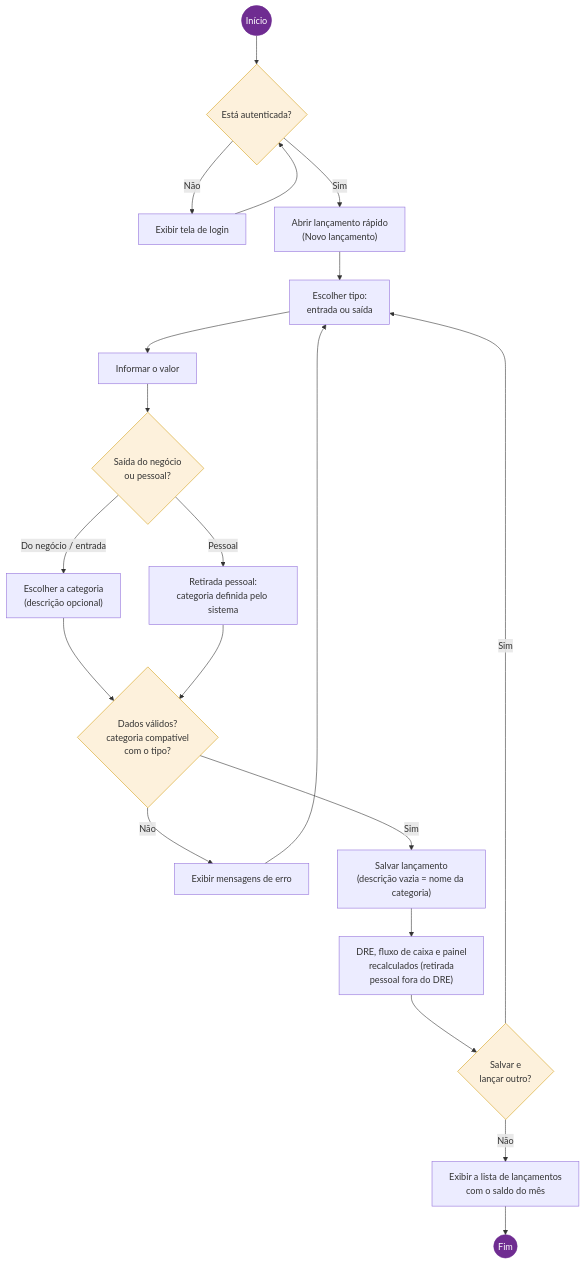
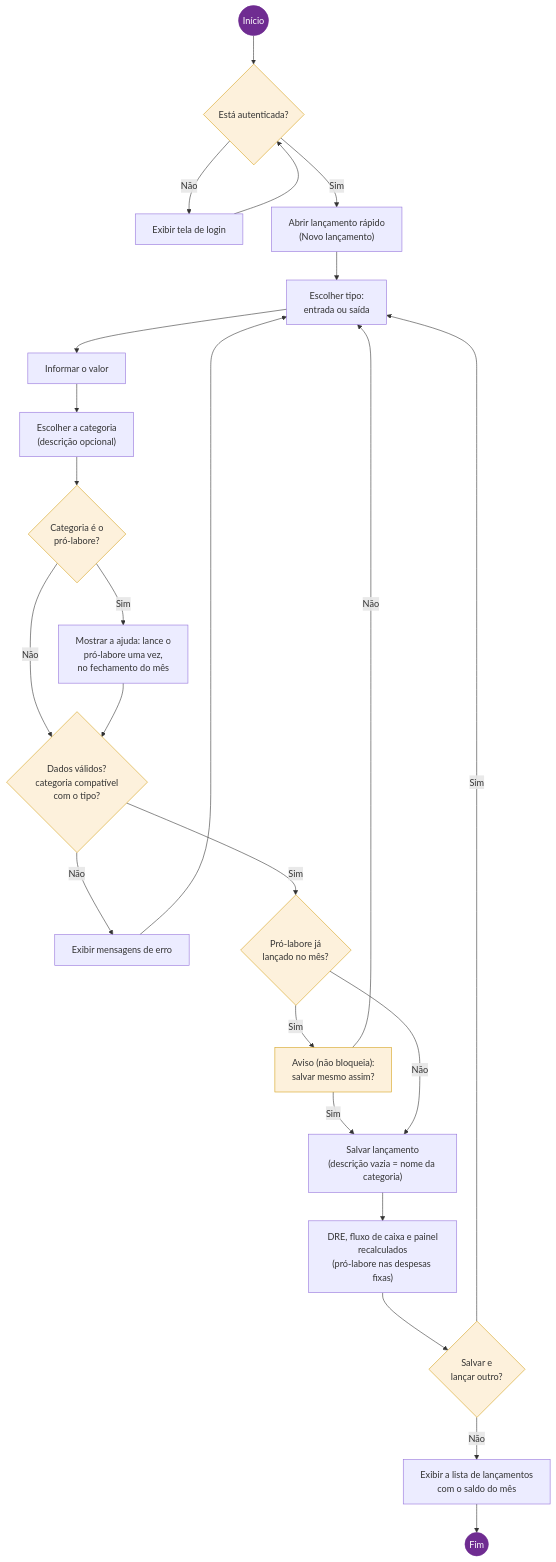
Before and after one commit to profetadiario/GFMEI: the diagram in docs/diagramas/fontes/fig4_atividades_lancamento.mmd, drawn with Mermaid. The commit also changed 73 other files, not shown here.

First line of the commit message:
feat: v1.6 — pró-labore no lugar da retirada pessoal e calculadora da planilha (decisões 9 e 10)

```diff
--- a/docs/diagramas/fontes/fig4_atividades_lancamento.mmd
+++ b/docs/diagramas/fontes/fig4_atividades_lancamento.mmd
@@ -1,21 +1,25 @@
 flowchart TB
     I((Início)) --> A{"Está autenticada?"}
     A -- Não --> L["Exibir tela de login"] --> A
     A -- Sim --> F["Abrir lançamento rápido<br/>(Novo lançamento)"]
     F --> T["Escolher tipo:<br/>entrada ou saída"]
     T --> V["Informar o valor"]
-    V --> O{"Saída do negócio<br/>ou pessoal?"}
-    O -- "Do negócio / entrada" --> C["Escolher a categoria<br/>(descrição opcional)"]
-    O -- Pessoal --> R["Retirada pessoal:<br/>categoria definida pelo sistema"]
-    C --> D{"Dados válidos?<br/>categoria compatível<br/>com o tipo?"}
-    R --> D
+    V --> C["Escolher a categoria<br/>(descrição opcional)"]
+    C --> P{"Categoria é o<br/>pró-labore?"}
+    P -- Sim --> H["Mostrar a ajuda: lance o<br/>pró-labore uma vez,<br/>no fechamento do mês"]
+    P -- Não --> D
+    H --> D{"Dados válidos?<br/>categoria compatível<br/>com o tipo?"}
     D -- Não --> E["Exibir mensagens de erro"] --> T
-    D -- Sim --> S["Salvar lançamento<br/>(descrição vazia = nome da categoria)"]
-    S --> X["DRE, fluxo de caixa e painel<br/>recalculados (retirada<br/>pessoal fora do DRE)"]
+    D -- Sim --> R{"Pró-labore já<br/>lançado no mês?"}
+    R -- Sim --> W["Aviso (não bloqueia):<br/>salvar mesmo assim?"]
+    W -- Não --> T
+    W -- Sim --> S
+    R -- Não --> S["Salvar lançamento<br/>(descrição vazia = nome da categoria)"]
+    S --> X["DRE, fluxo de caixa e painel<br/>recalculados<br/>(pró-labore nas despesas fixas)"]
     X --> N{"Salvar e<br/>lançar outro?"}
     N -- Sim --> T
     N -- Não --> LI["Exibir a lista de lançamentos<br/>com o saldo do mês"] --> FIM((Fim))
     classDef inicio fill:#6f2c91,stroke:#6f2c91,color:#fff;
     classDef decisao fill:#fdf1dc,stroke:#d4a017;
     class I,FIM inicio;
-    class A,O,D,N decisao;
+    class A,P,D,R,W,N decisao;
```
